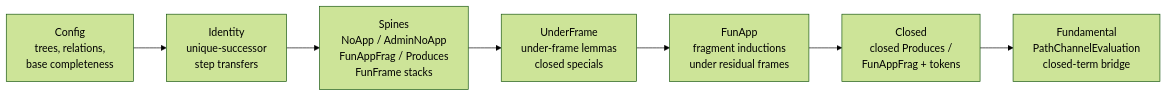
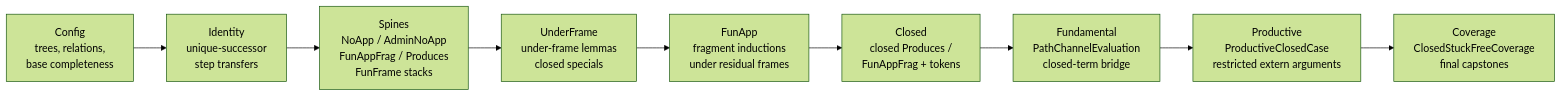
Before and after one commit to catskillsresearch/qlambda: the third of 7 diagrams in arxiv.md, drawn with Mermaid (forest theme). The commit also changed other lines of this file and 17 other files, not shown here.

First line of the commit message:
Consolidate the closed stuck-free adequacy boundary.

````diff
--- a/arxiv.md
+++ b/arxiv.md
@@ -201,12 +201,14 @@
 ```mermaid
 flowchart LR
   Config["Config<br/>trees, relations,<br/>base completeness"]
   Identity["Identity<br/>unique-successor<br/>step transfers"]
   Spines["Spines<br/>NoApp / AdminNoApp<br/>FunAppFrag / Produces<br/>FunFrame stacks"]
   UnderFrame["UnderFrame<br/>under-frame lemmas<br/>closed specials"]
   FunApp["FunApp<br/>fragment inductions<br/>under residual frames"]
   Closed["Closed<br/>closed Produces /<br/>FunAppFrag + tokens"]
   Fundamental["Fundamental<br/>PathChannelEvaluation<br/>closed-term bridge"]
+  Productive["Productive<br/>ProductiveClosedCase<br/>restricted extern arguments"]
+  Coverage["Coverage<br/>ClosedStuckFreeCoverage<br/>final capstones"]
 
-  Config --> Identity --> Spines --> UnderFrame --> FunApp --> Closed --> Fundamental
+  Config --> Identity --> Spines --> UnderFrame --> FunApp --> Closed --> Fundamental --> Productive --> Coverage
 ```
````
